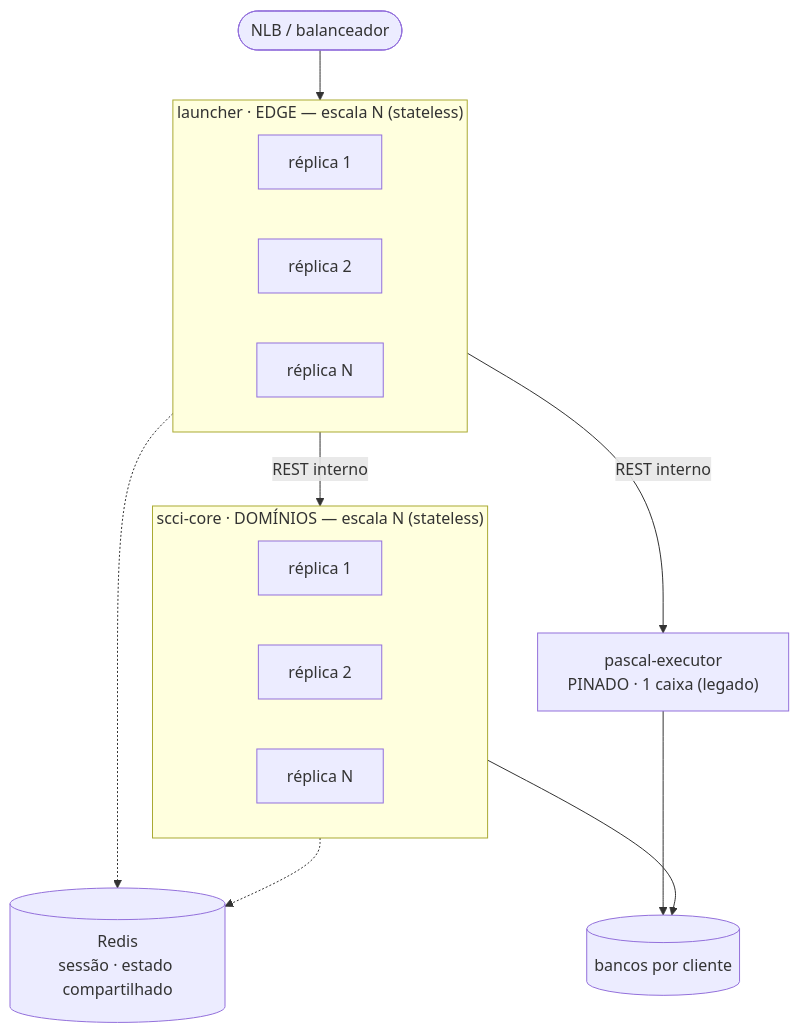
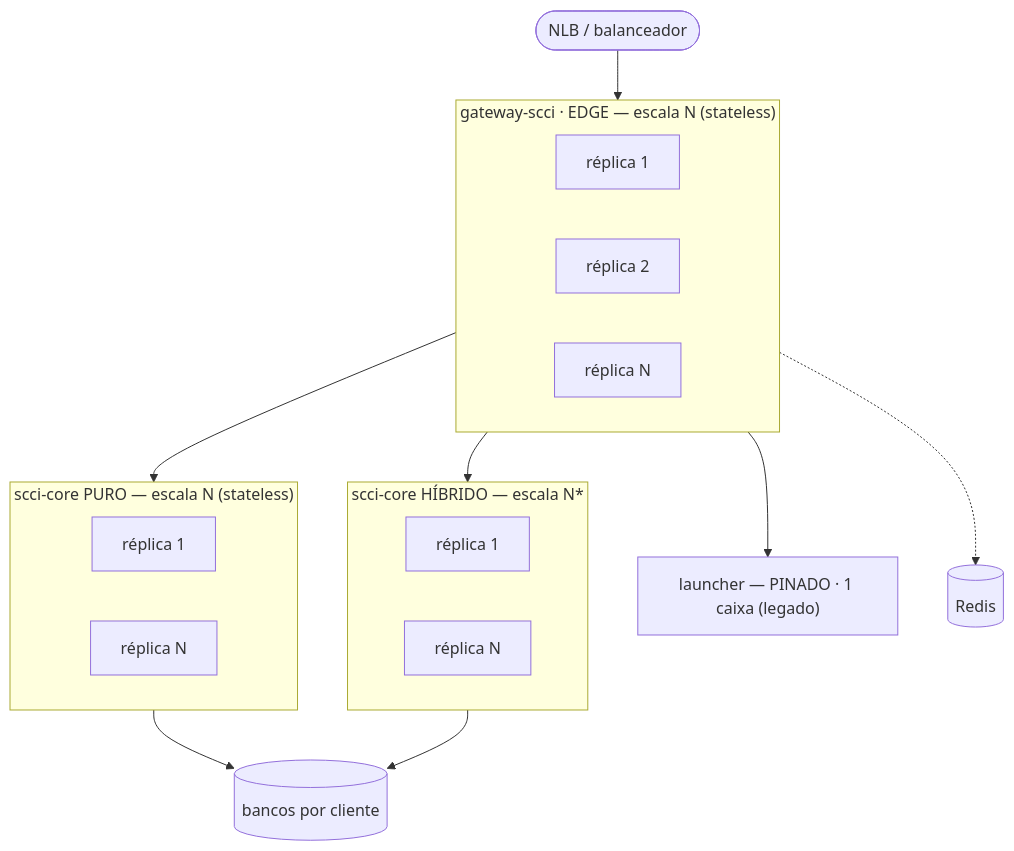
Before and after one commit to jdeveloperweb/launcher: the third of 4 diagrams in README.md, drawn with Mermaid. The commit also changed other lines of this file, not shown here.

Commit message:
refactor: Update README to reflect new architecture and terminology for SCCI platform

````diff
--- a/README.md
+++ b/README.md
@@ -45,22 +83,20 @@
 ```mermaid
 flowchart TB
-  NLB(["NLB / balanceador"])
-  NLB --> EDGE
-  subgraph EDGE["launcher · EDGE — escala N (stateless)"]
-    L1["réplica 1"]
-    L2["réplica 2"]
-    Ln["réplica N"]
+  NLB(["NLB / balanceador"]) --> EDGE
+  subgraph EDGE["gateway-scci · EDGE — escala N (stateless)"]
+    E1[réplica 1]; E2[réplica 2]; En[réplica N]
   end
-  EDGE -->|REST interno| CORE
-  subgraph CORE["scci-core · DOMÍNIOS — escala N (stateless)"]
-    C1["réplica 1"]
-    C2["réplica 2"]
-    Cn["réplica N"]
+  EDGE --> PURO
+  EDGE --> HIB
+  subgraph PURO["scci-core PURO — escala N (stateless)"]
+    P1[réplica 1]; Pn[réplica N]
   end
-  EDGE -->|REST interno| PE["pascal-executor<br/>PINADO · 1 caixa (legado)"]
-  R[("Redis<br/>sessão · estado compartilhado")]
+  subgraph HIB["scci-core HÍBRIDO — escala N*"]
+    H1[réplica 1]; Hn[réplica N]
+  end
+  EDGE --> LAU["launcher — PINADO · 1 caixa (legado)"]
+  R[("Redis")]; DB[("bancos por cliente")]
   EDGE -.-> R
-  CORE -.-> R
-  CORE --> DB[("bancos por cliente")]
-  PE --> DB
+  PURO --> DB
+  HIB --> DB
 ```
````
